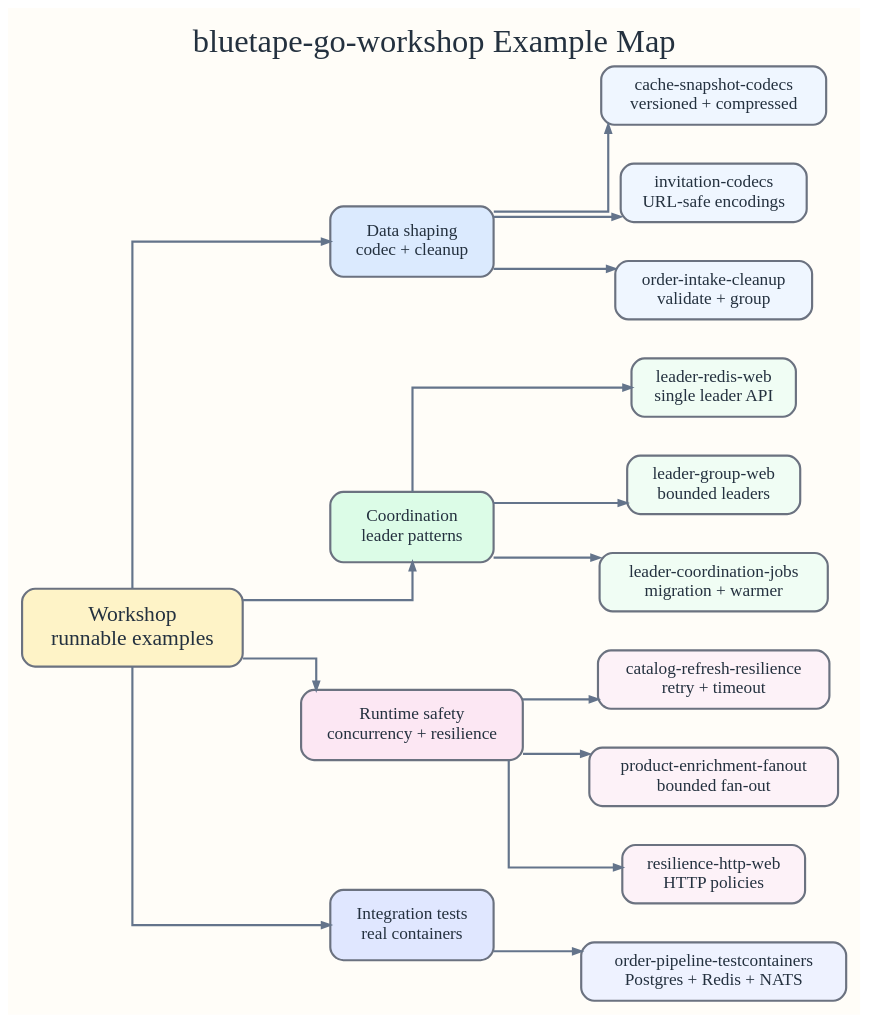
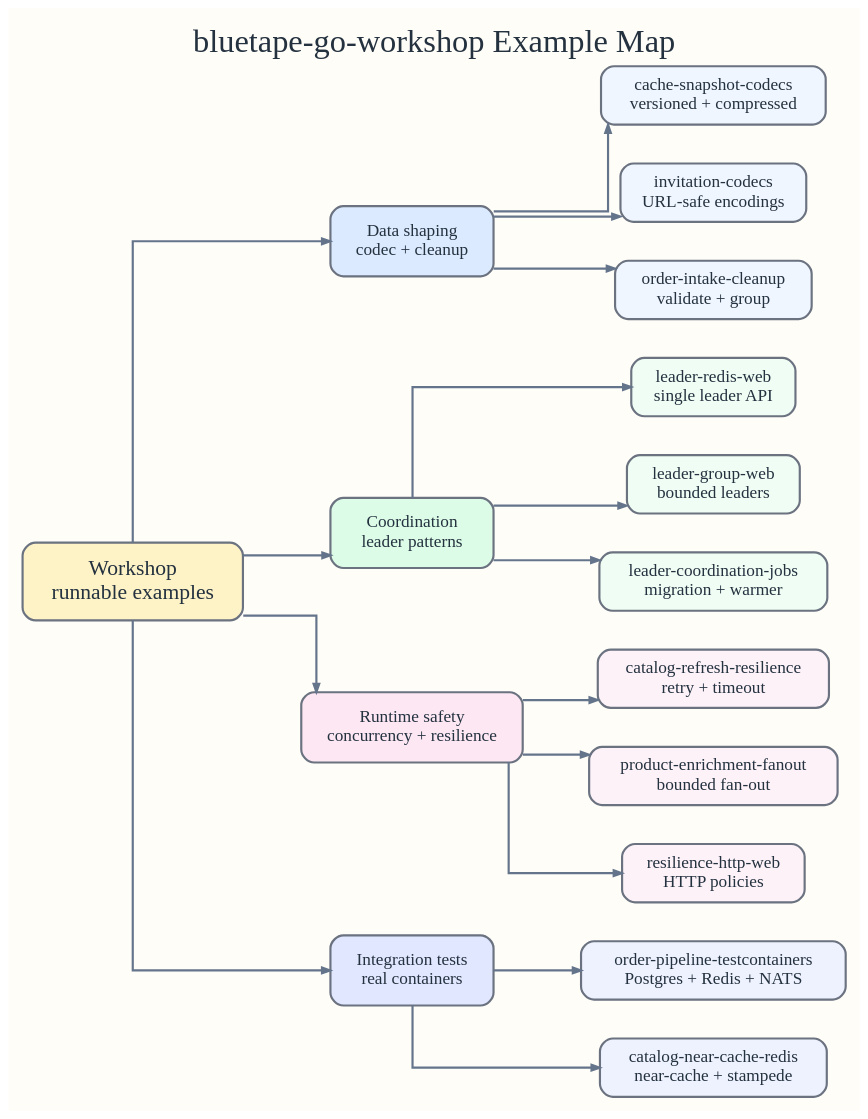
The diagram in docs/images/readme-diagrams/workshop-example-map.dot (bluetape4k/bluetape-go-workshop), drawn with Graphviz before and after one commit. The commit also changed 33 other files, not shown here.

First line of the commit message:
Demonstrate Redis near-cache catalog coordination

```diff
--- a/docs/images/readme-diagrams/workshop-example-map.dot
+++ b/docs/images/readme-diagrams/workshop-example-map.dot
@@ -1,67 +1,69 @@
 digraph G {
   graph [
     rankdir=LR,
     bgcolor="#fffdf8",
     margin=0.18,
     pad=0.18,
     nodesep=0.5,
     ranksep=0.75,
     splines=ortho,
     fontnames=svg,
     fontname="Architects Daughter",
     label="bluetape-go-workshop Example Map",
     labelloc=t,
     fontsize=30,
     fontcolor="#24313f"
   ];
   node [
     shape=rect,
     style="rounded,filled",
     penwidth=2,
     fontname="Comic Mono",
     fontsize=16,
     color="#6b7280",
     fontcolor="#24313f",
     margin="0.16,0.12"
   ];
   edge [
     color="#64748b",
     penwidth=2,
     arrowsize=0.75,
     fontname="Comic Mono",
     fontsize=12,
     fontcolor="#475569"
   ];
 
   workshop [label="Workshop\nrunnable examples", fillcolor="#fef3c7", fontname="Architects Daughter", fontsize=20, width=2.4, height=1.0];
   data [label="Data shaping\ncodec + cleanup", fillcolor="#dbeafe", width=2.1, height=0.9];
   leadership [label="Coordination\nleader patterns", fillcolor="#dcfce7", width=2.1, height=0.9];
   runtime [label="Runtime safety\nconcurrency + resilience", fillcolor="#fce7f3", width=2.35, height=0.9];
   integration [label="Integration tests\nreal containers", fillcolor="#e0e7ff", width=2.1, height=0.9];
 
   snapshot [label="cache-snapshot-codecs\nversioned + compressed", fillcolor="#eff6ff"];
   invites [label="invitation-codecs\nURL-safe encodings", fillcolor="#eff6ff"];
   cleanup [label="order-intake-cleanup\nvalidate + group", fillcolor="#eff6ff"];
   singleLeader [label="leader-redis-web\nsingle leader API", fillcolor="#f0fdf4"];
   groupLeader [label="leader-group-web\nbounded leaders", fillcolor="#f0fdf4"];
   jobs [label="leader-coordination-jobs\nmigration + warmer", fillcolor="#f0fdf4"];
   refresh [label="catalog-refresh-resilience\nretry + timeout", fillcolor="#fdf2f8"];
   enrich [label="product-enrichment-fanout\nbounded fan-out", fillcolor="#fdf2f8"];
   http [label="resilience-http-web\nHTTP policies", fillcolor="#fdf2f8"];
   pipeline [label="order-pipeline-testcontainers\nPostgres + Redis + NATS", fillcolor="#eef2ff"];
+  catalogCache [label="catalog-near-cache-redis\nnear-cache + stampede", fillcolor="#eef2ff"];
 
   workshop -> data;
   workshop -> leadership;
   workshop -> runtime;
   workshop -> integration;
   data -> snapshot;
   data -> invites;
   data -> cleanup;
   leadership -> singleLeader;
   leadership -> groupLeader;
   leadership -> jobs;
   runtime -> refresh;
   runtime -> enrich;
   runtime -> http;
   integration -> pipeline;
+  integration -> catalogCache;
 }
```
